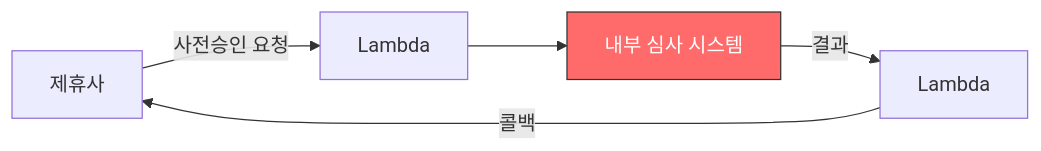
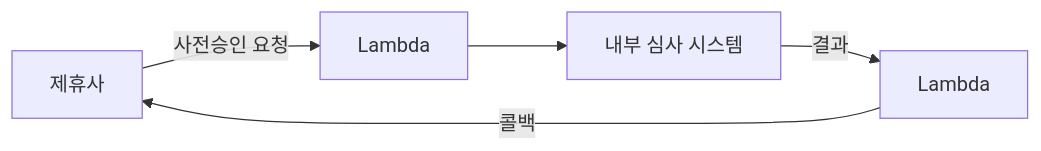
Before and after one commit to Gyubster/til: the first of 5 diagrams in _posts/2025-11-10-토스-연동-장애-포스트모템-66시간-장애에서-배운-것.md, drawn with Mermaid. The commit also changed other lines of this file and 13 other files, not shown here.

Commit message:
Mermaid 렌더링 수정: subgraph style 명령 제거

````diff
--- a/_posts/2025-11-10-토스-연동-장애-포스트모템-66시간-장애에서-배운-것.md
+++ b/_posts/2025-11-10-토스-연동-장애-포스트모템-66시간-장애에서-배운-것.md
@@ -24,8 +24,7 @@
 ```mermaid
 flowchart LR
     A[제휴사] -->|사전승인 요청| B[Lambda]
     B --> C[내부 심사 시스템]
     C -->|결과| D[Lambda]
     D -->|콜백| A
-    style C fill:#ff6b6b,stroke:#333,color:#fff
 ```
````
